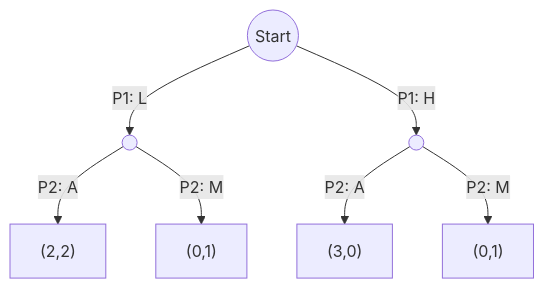
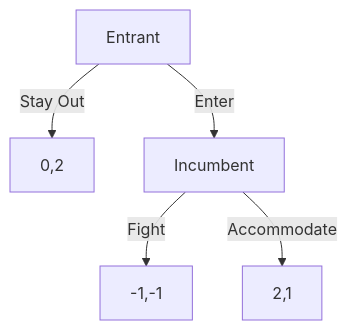
One commit to Sorenqwer/my-notes-site changed the eighth of 9 diagrams in notes/game-types/extensive-form.qmd. Above: the diagram before and after it, drawn with Mermaid. The commit also changed other lines of this file and 11 other files, not shown here.

````diff
--- a/notes/game-types/extensive-form.qmd
+++ b/notes/game-types/extensive-form.qmd
@@ -42,9 +194,7 @@
 ```{mermaid}
 flowchart TD
-  S((Start)) -->|P1: L| L(( ))
-  S -->|P1: H| H(( ))
-  L -->|P2: A| LA["(2,2)"]
-  L -->|P2: M| LM["(0,1)"]
-  H -->|P2: A| HA["(3,0)"]
-  H -->|P2: M| HM["(0,1)"]
+    A[Entrant] -->|Stay Out| B[0,2]
+    A -->|Enter| C[Incumbent]
+    C -->|Fight| D[-1,-1]
+    C -->|Accommodate| E[2,1]
 ```
````
